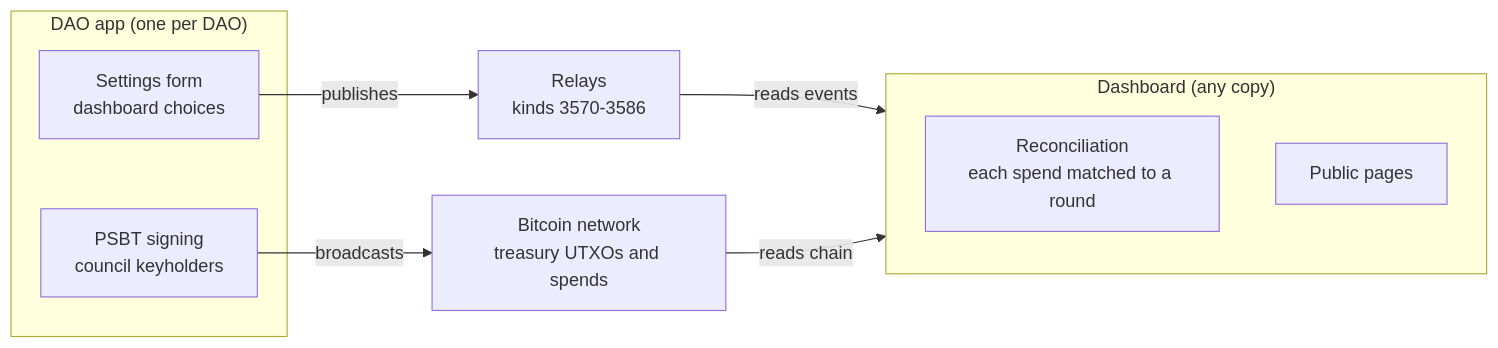
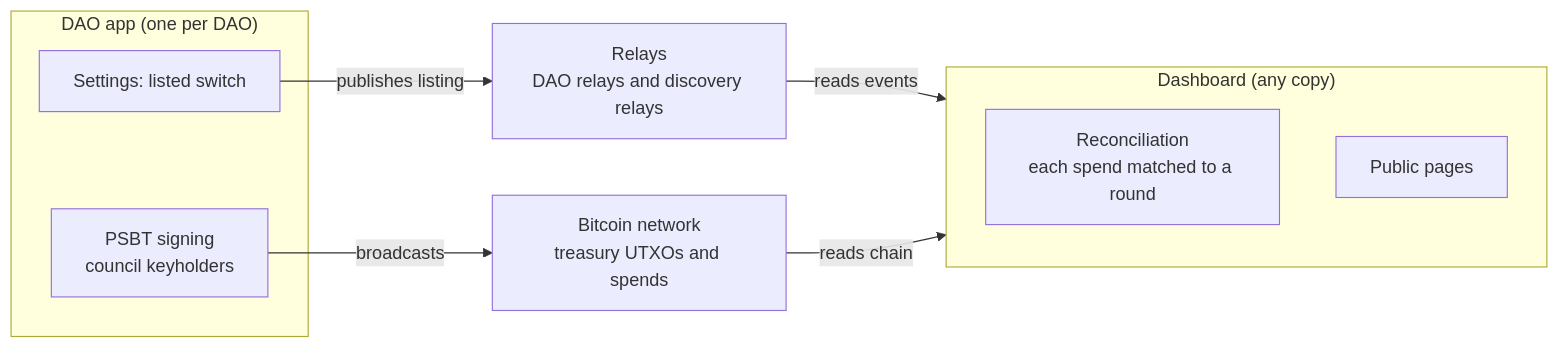
The diagram in docs/dashboard-spec.md (Bitcoin-DAO/btc-dao), drawn with Mermaid before and after one commit. The commit also changed other lines of this file and 5 other files, not shown here.

First line of the commit message:
Simplify: one dashboard switch, dashboard spec 0.2, no duplicate event table

````diff
--- a/docs/dashboard-spec.md
+++ b/docs/dashboard-spec.md
@@ -37,17 +101,17 @@
 ```mermaid
 flowchart LR
   subgraph APP["DAO app (one per DAO)"]
-    F["Settings form<br/>dashboard choices"]
+    F["Settings: listed switch"]
     S["PSBT signing<br/>council keyholders"]
   end
-  R["Relays<br/>kinds 3570-3586"]
+  R["Relays<br/>DAO relays and discovery relays"]
   B["Bitcoin network<br/>treasury UTXOs and spends"]
   subgraph DASH["Dashboard (any copy)"]
     REC["Reconciliation<br/>each spend matched to a round"]
     P["Public pages"]
   end
-  F -- publishes --> R
+  F -- publishes listing --> R
   S -- broadcasts --> B
   R -- reads events --> DASH
   B -- reads chain --> DASH
 ```
````
